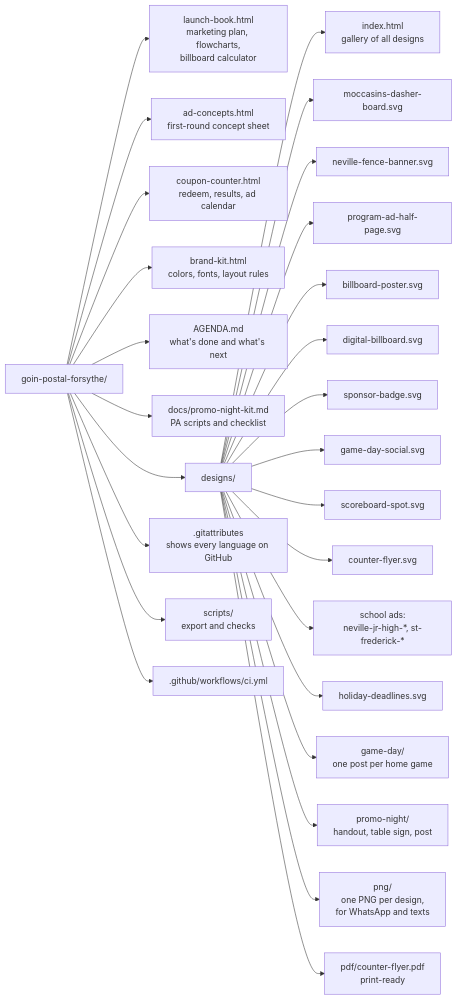
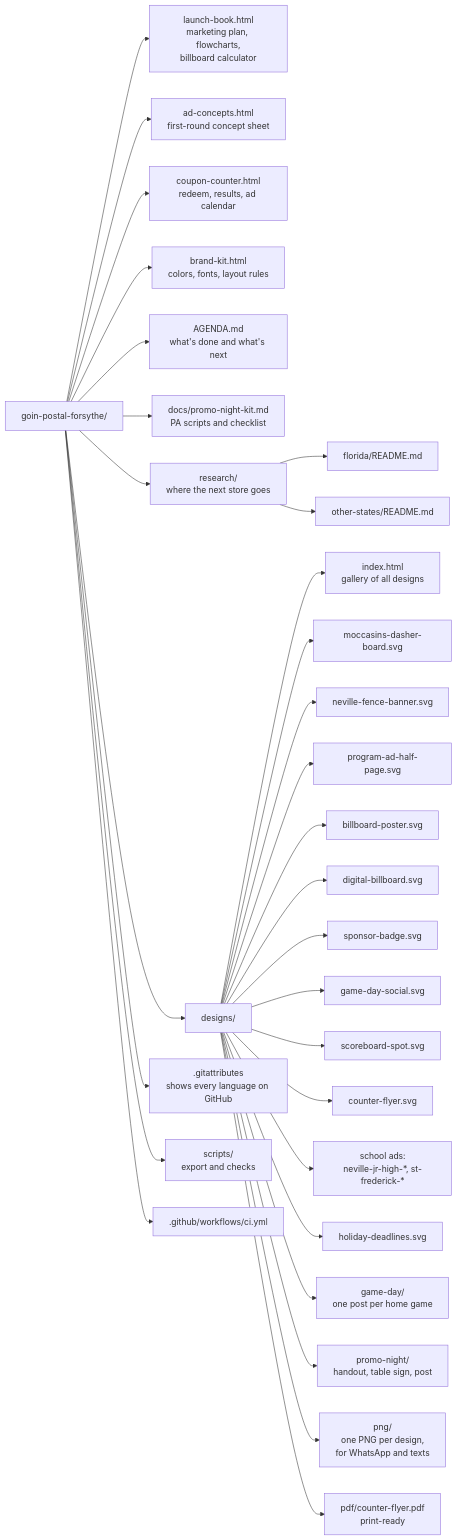
One commit to wbp318/goin-postal-forsythe changed the ninth of 23 diagrams in README.md. Above: the diagram before and after it, drawn with Mermaid. The commit also changed other lines of this file and 5 other files, not shown here.

First line of the commit message:
Add next-store site research: Florida focus plus all 49 other states

````diff
--- a/README.md
+++ b/README.md
@@ -464,29 +592,32 @@
 ```mermaid
 flowchart LR
   R["goin-postal-forsythe/"] --> A["launch-book.html<br/>marketing plan, flowcharts,<br/>billboard calculator"]
   R --> B["ad-concepts.html<br/>first-round concept sheet"]
   R --> CC["coupon-counter.html<br/>redeem, results, ad calendar"]
   R --> BK["brand-kit.html<br/>colors, fonts, layout rules"]
   R --> AG["AGENDA.md<br/>what's done and what's next"]
   R --> DOC["docs/promo-night-kit.md<br/>PA scripts and checklist"]
+  R --> RS["research/<br/>where the next store goes"]
+  RS --> RS1["florida/README.md"]
+  RS --> RS2["other-states/README.md"]
   R --> D["designs/"]
   R --> G[".gitattributes<br/>shows every language on GitHub"]
   D --> D0["index.html<br/>gallery of all designs"]
   D --> D1["moccasins-dasher-board.svg"]
   D --> D2["neville-fence-banner.svg"]
   D --> D3["program-ad-half-page.svg"]
   D --> D4["billboard-poster.svg"]
   D --> D5["digital-billboard.svg"]
   D --> D6["sponsor-badge.svg"]
   D --> D7["game-day-social.svg"]
   D --> D8["scoreboard-spot.svg"]
   D --> D9["counter-flyer.svg"]
   D --> D10["school ads:<br/>neville-jr-high-*, st-frederick-*"]
   D --> D11["holiday-deadlines.svg"]
   D --> GD["game-day/<br/>one post per home game"]
   D --> PN["promo-night/<br/>handout, table sign, post"]
   D --> P["png/<br/>one PNG per design,<br/>for WhatsApp and texts"]
   D --> F["pdf/counter-flyer.pdf<br/>print-ready"]
   R --> S["scripts/<br/>export and checks"]
   R --> W[".github/workflows/ci.yml"]
 ```
````
